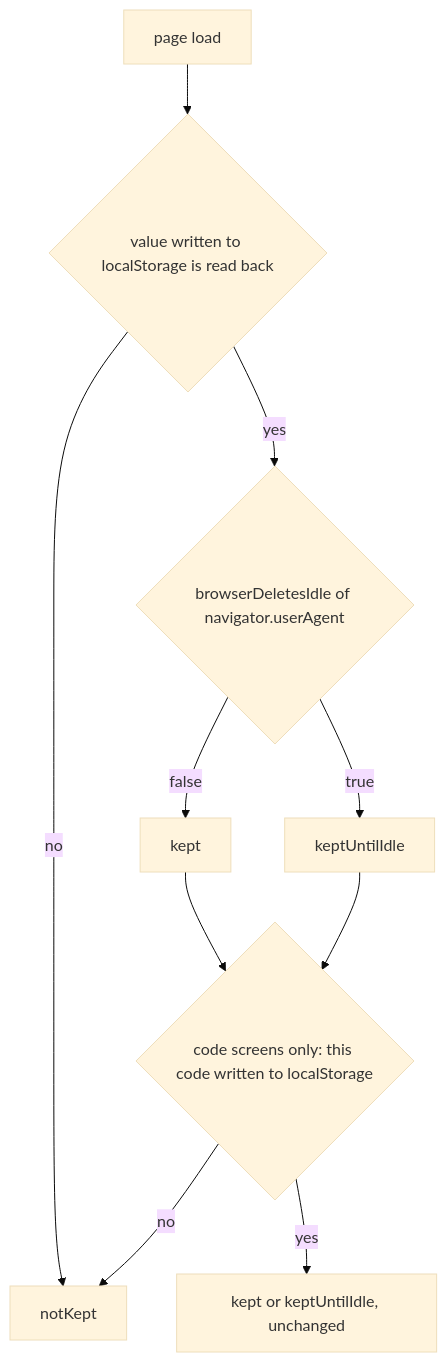
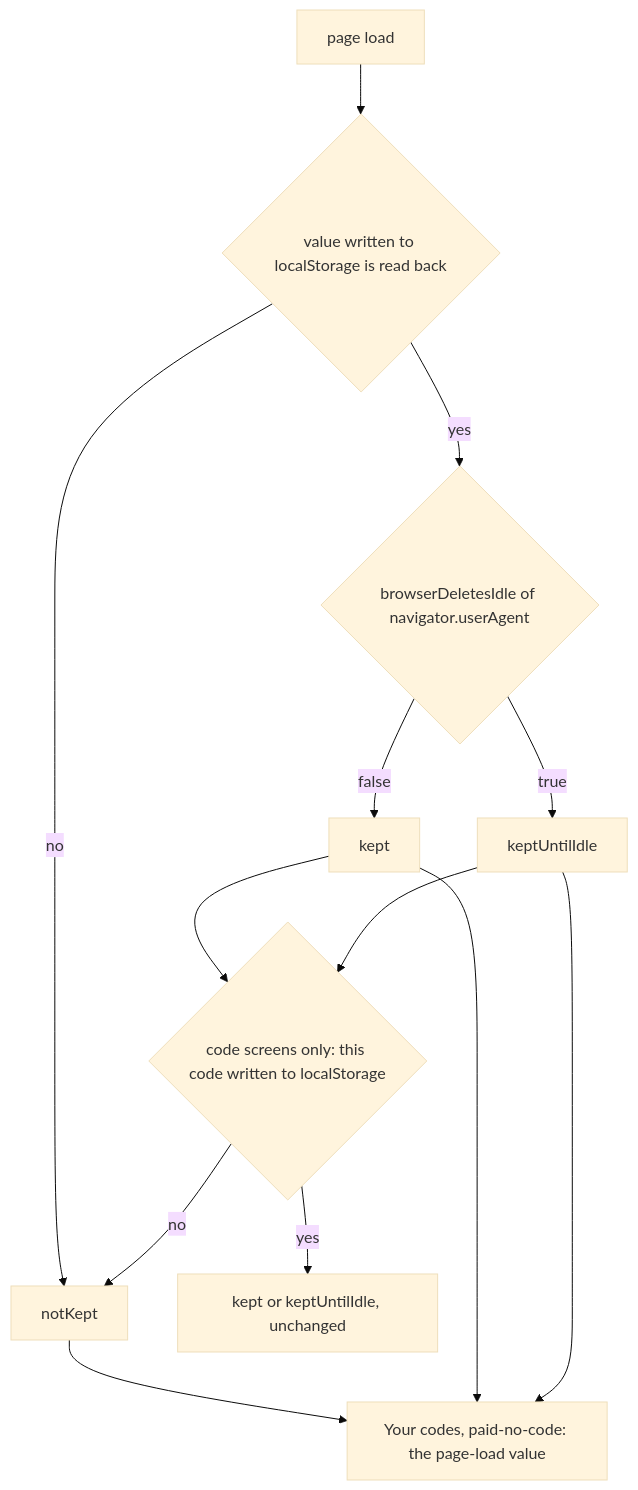
One commit to simplex-chat/simplex-chat changed the diagram in plans/2026-11-17-badges-browser-deletes-codes.md. Above: the diagram before and after it, drawn with Mermaid (base theme). The commit also changed other lines of this file, not shown here.

Commit message:
plans: badges page-load retention for the other screens

````diff
--- a/plans/2026-11-17-badges-browser-deletes-codes.md
+++ b/plans/2026-11-17-badges-browser-deletes-codes.md
@@ -49,12 +49,15 @@
 ```mermaid
 flowchart TD
   load[page load] --> w0{value written to localStorage is read back}
   w0 -->|no| nk[notKept]
   w0 -->|yes| d{browserDeletesIdle of navigator.userAgent}
   d -->|false| k[kept]
   d -->|true| u[keptUntilIdle]
   k --> cw{code screens only: this code written to localStorage}
   u --> cw
   cw -->|no| nk
   cw -->|yes| same[kept or keptUntilIdle, unchanged]
+  nk --> other[Your codes, paid-no-code: the page-load value]
+  k --> other
+  u --> other
 ```
````
